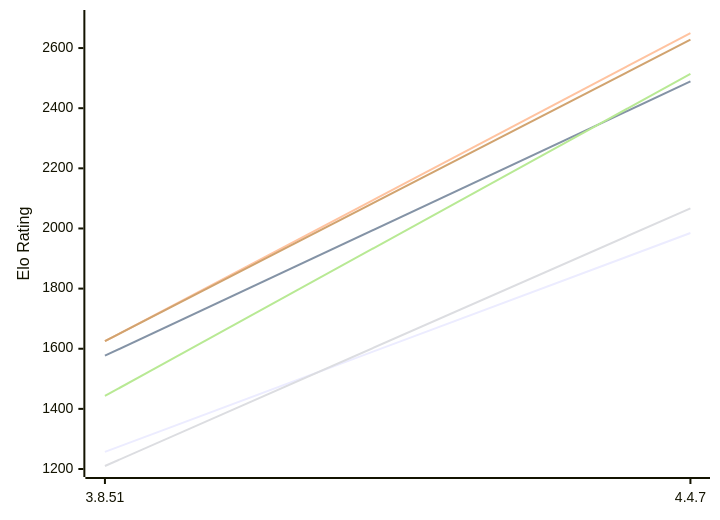
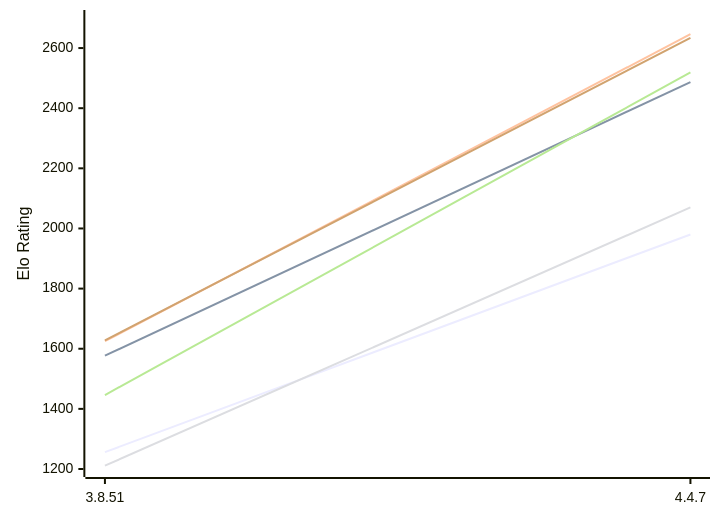
The first of 2 diagrams in engines/Scoria.md (computer-chess-index/cci), drawn with Mermaid before and after one commit. The commit also changed other lines of this file, not shown here.

Commit message:
Update CCI Ratings (ELO VLTC) - 2026-11-23

````diff
--- a/engines/Scoria.md
+++ b/engines/Scoria.md
@@ -50,12 +50,12 @@
 ```mermaid
 %%{init: {"theme":"base","themeVariables":{"seriesColors:['#a3a3a3','#222221','#faa371']}}}%%
 xychart-beta
   x-axis ["3.8.51", "4.4.7"]
   y-axis "Elo Rating" 1200 --> 2700
-  line "E1: STC (8.0+0.08s)" [1257, 1985]
-  line "E1: LTC (60.0+0.60s)" [1577, 2489]
-  line "E1: VLTC (2m24s+1.12s)" [1625, 2650]
-  line "P1: STC (8.0+0.08s)" [1210, 2067]
-  line "P1: LTC (60.0+0.60s)" [1443, 2514]
-  line "P1: VLTC (2m24s+1.12s)" [1625, 2628]
+  line "E1: STC (8.0+0.08s)" [1256, 1980]
+  line "E1: LTC (60.0+0.60s)" [1577, 2487]
+  line "E1: VLTC (2m24s+1.12s)" [1625, 2646]
+  line "P1: STC (8.0+0.08s)" [1211, 2070]
+  line "P1: LTC (60.0+0.60s)" [1446, 2519]
+  line "P1: VLTC (2m24s+1.12s)" [1628, 2634]
 ```
````
